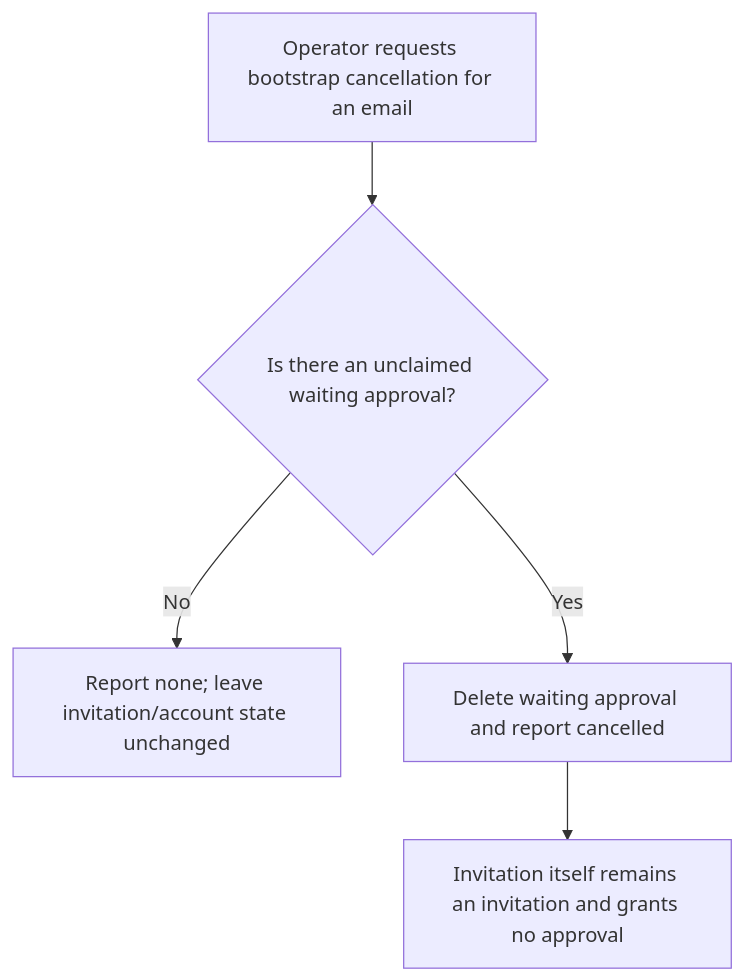
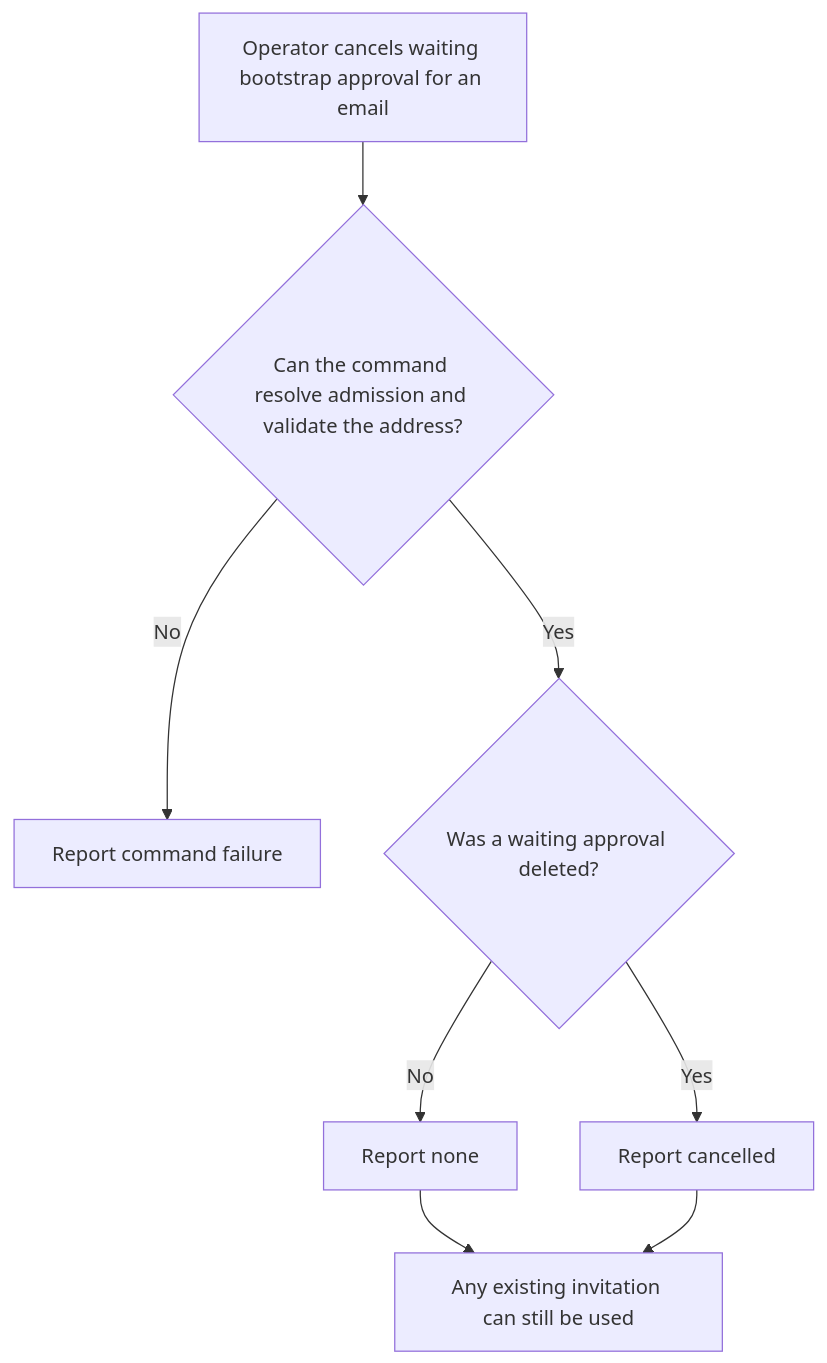
One commit to Kevinjohn/oss-adonisjs-account-kit changed the first of 2 diagrams in user-stories/US-ACCOUNT-47-cancel-admission-bootstrap.md. Above: the diagram before and after it, drawn with Mermaid. The commit also changed other lines of this file and 70 other files, not shown here.

````diff
--- a/user-stories/US-ACCOUNT-47-cancel-admission-bootstrap.md
+++ b/user-stories/US-ACCOUNT-47-cancel-admission-bootstrap.md
@@ -19,7 +19,10 @@
 ```mermaid
 flowchart TD
- A["Operator requests bootstrap cancellation for an email"] --> B{"Is there an unclaimed waiting approval?"}
- B -->|No| C["Report none; leave invitation/account state unchanged"]
- B -->|Yes| D["Delete waiting approval and report cancelled"]
- D --> E["Invitation itself remains an invitation and grants no approval"]
+ A["Operator cancels waiting bootstrap approval for an email"] --> B{"Can the command resolve admission and validate the address?"}
+ B -->|No| X["Report command failure"]
+ B -->|Yes| C{"Was a waiting approval deleted?"}
+ C -->|No| D["Report none"]
+ C -->|Yes| E["Report cancelled"]
+ D --> F["Any existing invitation can still be used"]
+ E --> F
 ```
````
